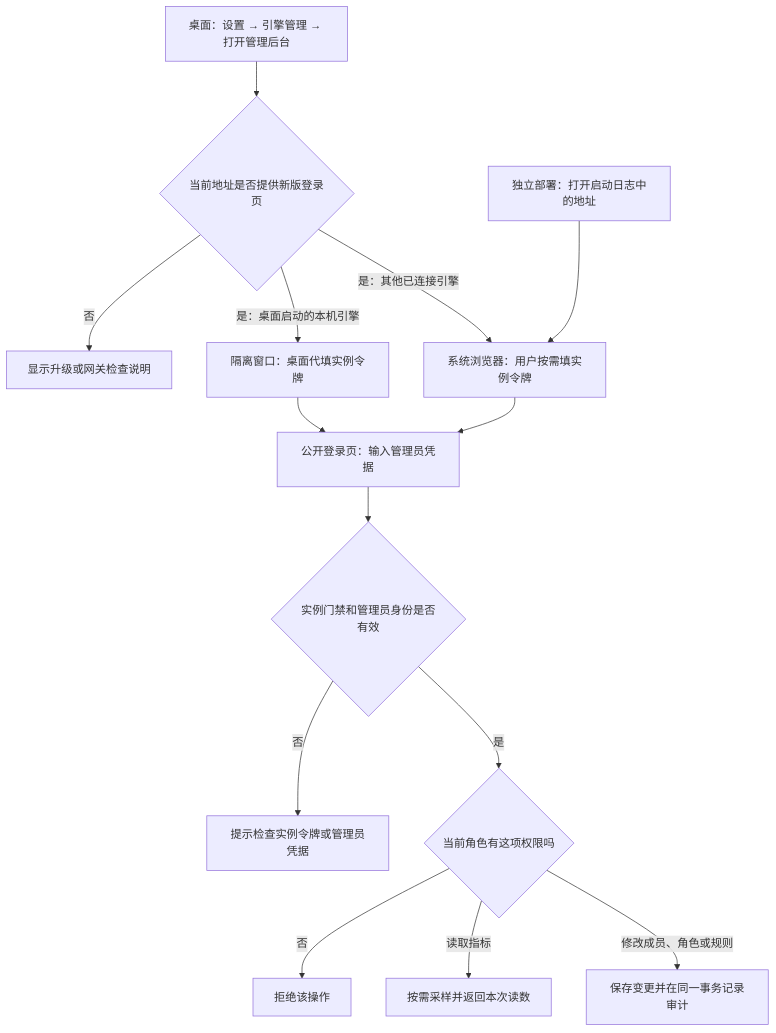
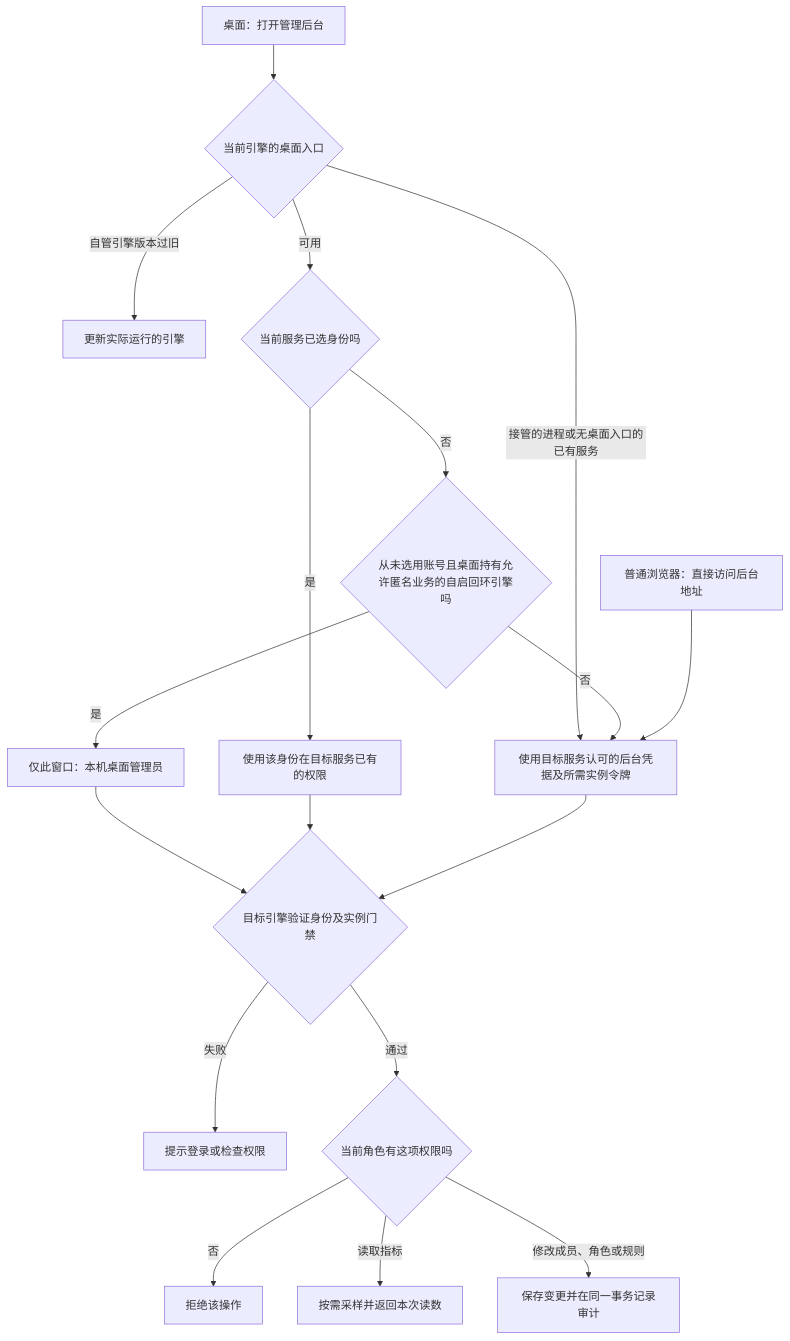
One commit to HJ-uncle/ai-agent-engine changed the diagram in docs/operations/engine-admin.md. Above: the diagram before and after it, drawn with Mermaid. The commit also changed other lines of this file and 88 other files, not shown here.

````diff
--- a/docs/operations/engine-admin.md
+++ b/docs/operations/engine-admin.md
@@ -12,16 +15,20 @@
 ```mermaid
 flowchart TD
-  A[桌面：设置 → 引擎管理 → 打开管理后台] --> P{当前地址是否提供新版登录页}
-  P -->|否| U[显示升级或网关检查说明]
-  P -->|是：桌面启动的本机引擎| W[隔离窗口：桌面代填实例令牌]
-  P -->|是：其他已连接引擎| B[系统浏览器：用户按需填实例令牌]
-  L[独立部署：打开启动日志中的地址] --> B
-  W --> F[公开登录页：输入管理员凭据]
-  B --> F
-  F --> G{实例门禁和管理员身份是否有效}
-  G -->|否| E[提示检查实例令牌或管理员凭据]
-  G -->|是| R{当前角色有这项权限吗}
+  A[桌面：打开管理后台] --> V{当前引擎的桌面入口}
+  V -->|自管引擎版本过旧| U[更新实际运行的引擎]
+  V -->|接管的进程或无桌面入口的已有服务| F
+  V -->|可用| I{当前服务已选身份吗}
+  I -->|是| B[使用该身份在目标服务已有的权限]
+  I -->|否| P{从未选用账号且桌面持有允许匿名业务的自启回环引擎吗}
+  P -->|是| W[仅此窗口：本机桌面管理员]
+  P -->|否| F[使用目标服务认可的后台凭据及所需实例令牌]
+  L[普通浏览器：直接访问后台地址] --> F
+  W --> G{目标引擎验证身份及实例门禁}
+  B --> G
+  F --> G
+  G -->|失败| E[提示登录或检查权限]
+  G -->|通过| R{当前角色有这项权限吗}
   R -->|否| D[拒绝该操作]
   R -->|读取指标| M[按需采样并返回本次读数]
   R -->|修改成员、角色或规则| S[保存变更并在同一事务记录审计]
 ```
````
